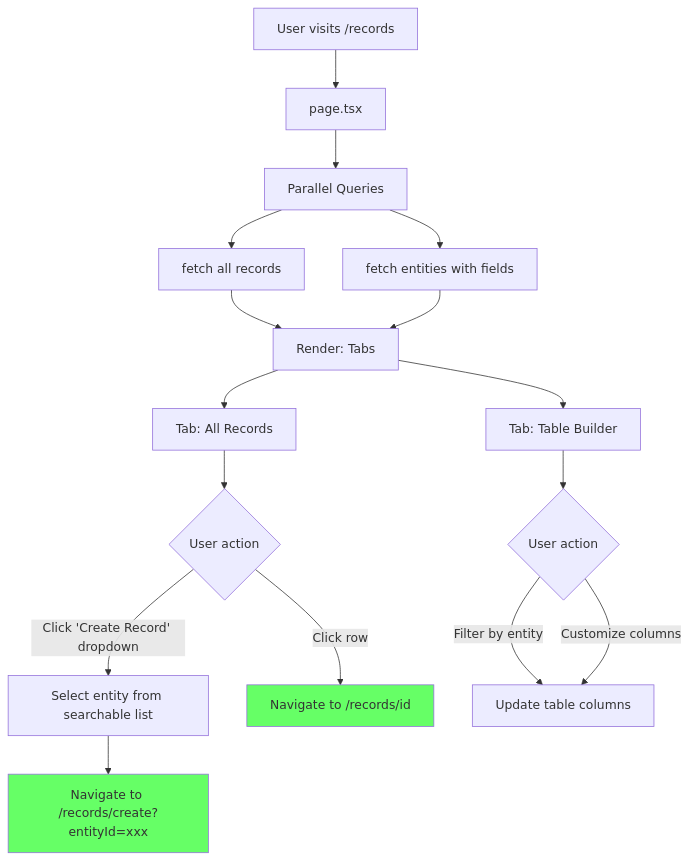
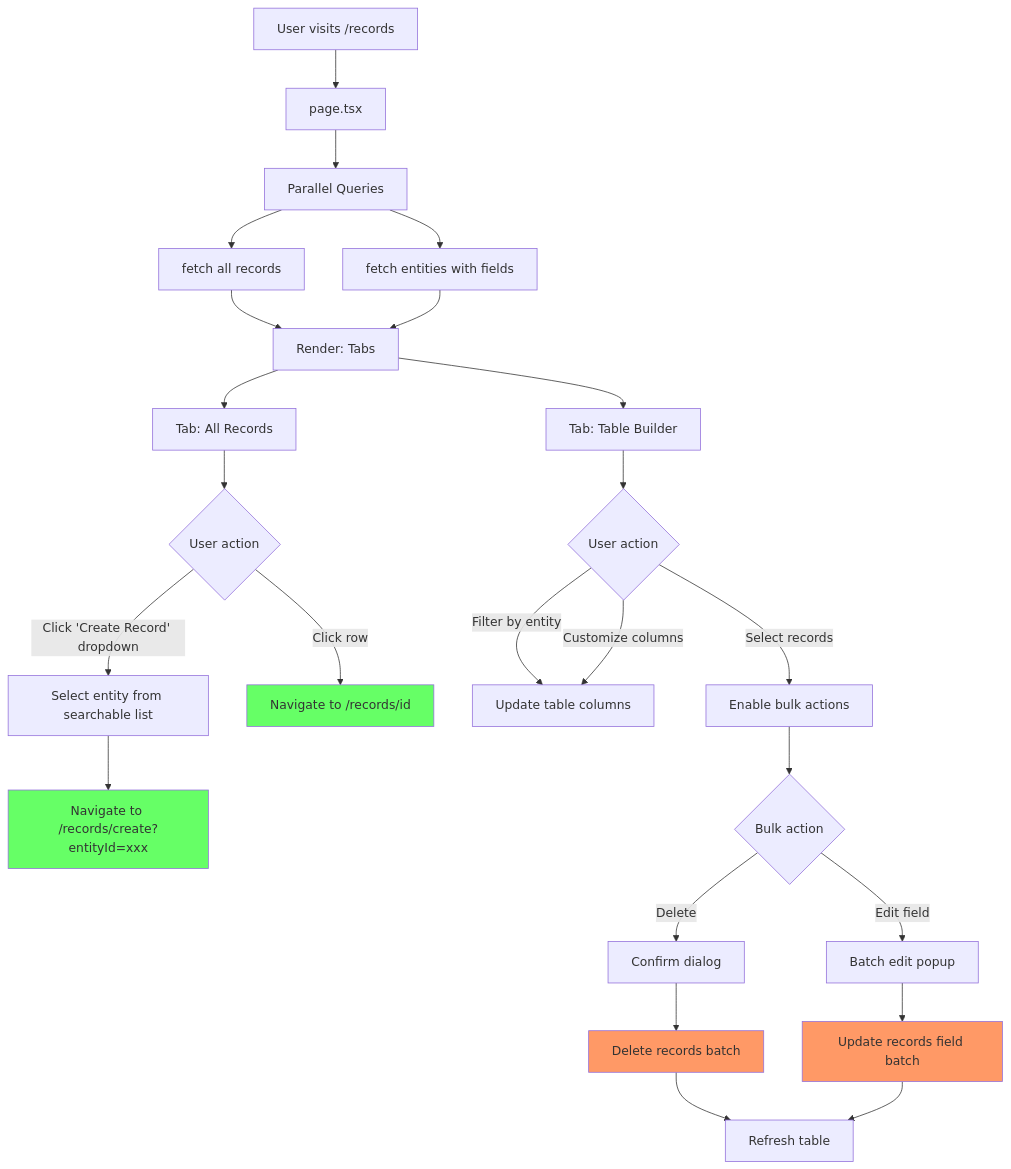
One commit to SinaTZ0/hut-resources-management-newleaf changed the diagram in app/records/PAGE-FLOW.md. Above: the diagram before and after it, drawn with Mermaid. The commit also changed other lines of this file and 9 other files, not shown here.

First line of the commit message:
feat: add bulk actions toolbar for record management(iteration 1) (#26)

````diff
--- a/app/records/PAGE-FLOW.md
+++ b/app/records/PAGE-FLOW.md
@@ -9,23 +9,33 @@
 ```mermaid
 flowchart TD
     A[User visits /records] --> B[page.tsx]
     B --> C[Parallel Queries]
     C --> D[fetch all records]
     C --> E[fetch entities with fields]
 
     D & E --> F[Render: Tabs]
     F --> G[Tab: All Records]
     F --> H[Tab: Table Builder]
 
     G --> I{User action}
     I -->|Click 'Create Record' dropdown| J[Select entity from searchable list]
     J --> K[Navigate to /records/create?entityId=xxx]
     I -->|Click row| L[Navigate to /records/id]
 
     H --> M{User action}
     M -->|Filter by entity| N[Update table columns]
     M -->|Customize columns| N
+    M -->|Select records| O[Enable bulk actions]
+    O --> P{Bulk action}
+    P -->|Delete| Q[Confirm dialog]
+    P -->|Edit field| R[Batch edit popup]
+    Q --> S[Delete records batch]
+    R --> T[Update records field batch]
+    S --> U[Refresh table]
+    T --> U
 
     style K fill:#6f6
     style L fill:#6f6
+    style S fill:#f96
+    style T fill:#f96
 ```
````
